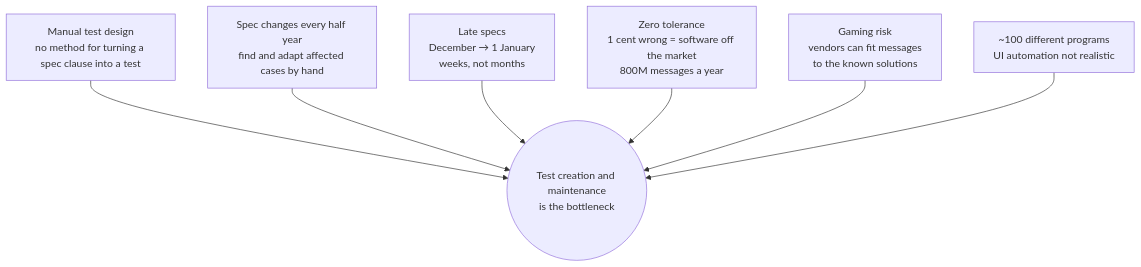
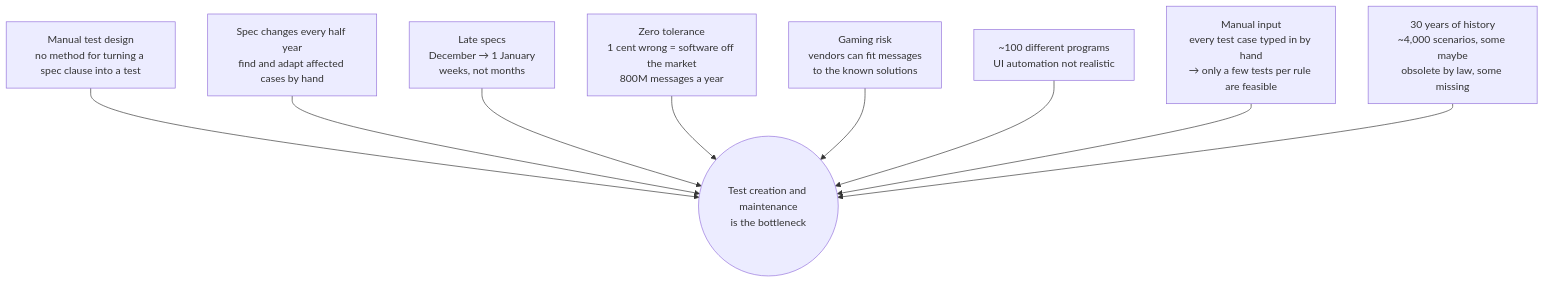
Before and after one commit to AmineChr54/futury-hackathon-itsg: the second of 11 diagrams in docs/08-problem-and-solution.md, drawn with Mermaid. The commit also changed other lines of this file and 7 other files, not shown here.

````diff
--- a/docs/08-problem-and-solution.md
+++ b/docs/08-problem-and-solution.md
@@ -42,16 +43,20 @@
 ```mermaid
 flowchart TD
     P1["Manual test design<br/>no method for turning a spec clause into a test"]
     P2["Spec changes every half year<br/>find and adapt affected cases by hand"]
     P3["Late specs<br/>December → 1 January<br/>weeks, not months"]
     P4["Zero tolerance<br/>1 cent wrong = software off the market<br/>800M messages a year"]
     P5["Gaming risk<br/>vendors can fit messages<br/>to the known solutions"]
     P6["~100 different programs<br/>UI automation not realistic"]
+    P7["Manual input<br/>every test case typed in by hand<br/>→ only a few tests per rule are feasible"]
+    P8["30 years of history<br/>~4,000 scenarios, some maybe<br/>obsolete by law, some missing"]
 
     P1 --> CORE(("Test creation and maintenance<br/>is the bottleneck"))
     P2 --> CORE
     P3 --> CORE
     P4 --> CORE
     P5 --> CORE
     P6 --> CORE
+    P7 --> CORE
+    P8 --> CORE
 ```
````
